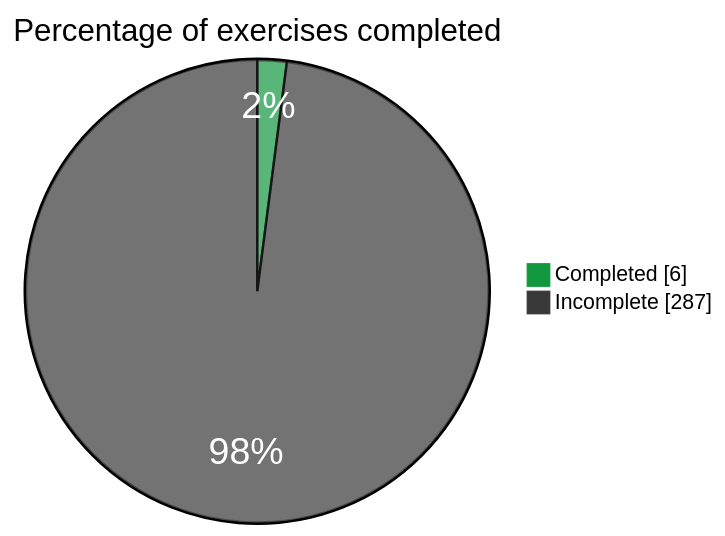
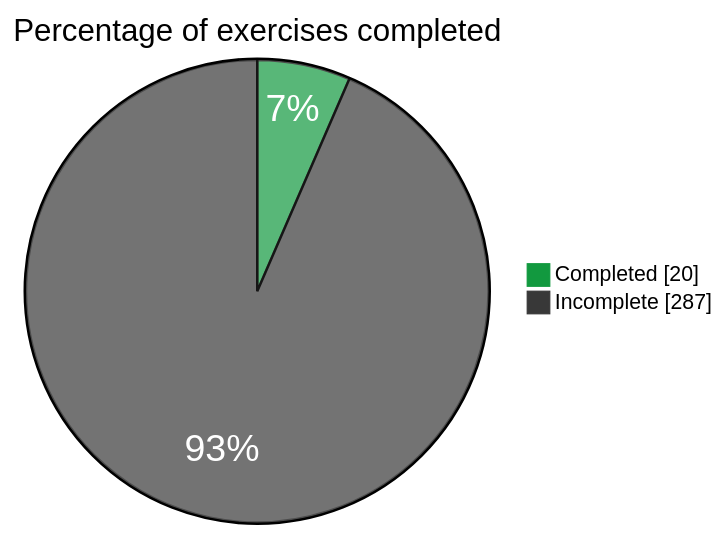
Before and after one commit to Huxyshuu/fullstackopen_huxyshuu: the diagram in README.md, drawn with Mermaid. The commit also changed other lines of this file, not shown here.

````diff
--- a/README.md
+++ b/README.md
@@ -24,20 +21,20 @@
 ```mermaid
 %%{
     init: {
     'theme': 'base',
     'themeVariables': {
       'primaryColor': '#12993f',
       'primaryTextColor': '#000',
       'secondaryColor': '#383838',
       'secondaryTextColor': '#fff',
       'tertiaryColor': '#fff',
       'textColor': '#000',
       'pieSectionTextSize': '30px',
       'pieSectionTextColor': '#fff'
     }
   }}%%
 pie showData
     title Percentage of exercises completed
-    "Completed" : 6
+    "Completed" : 20
     "Incomplete" : 287
 ```
````
